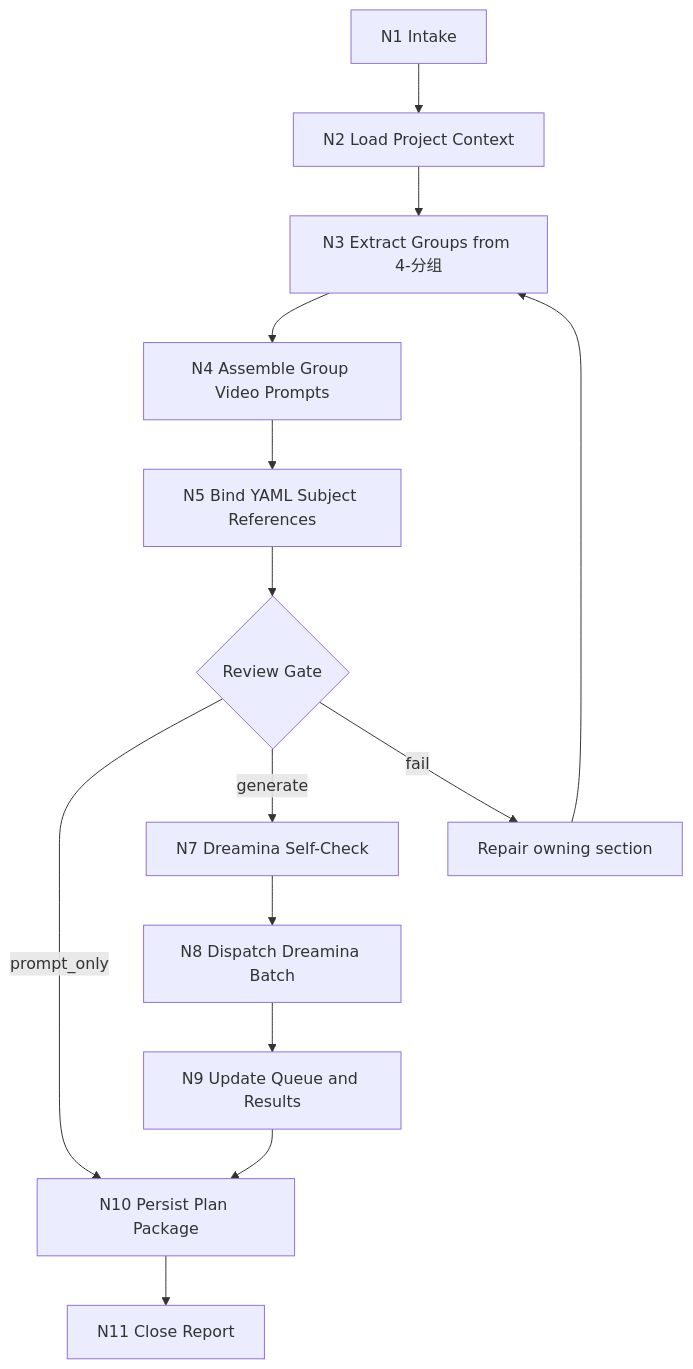
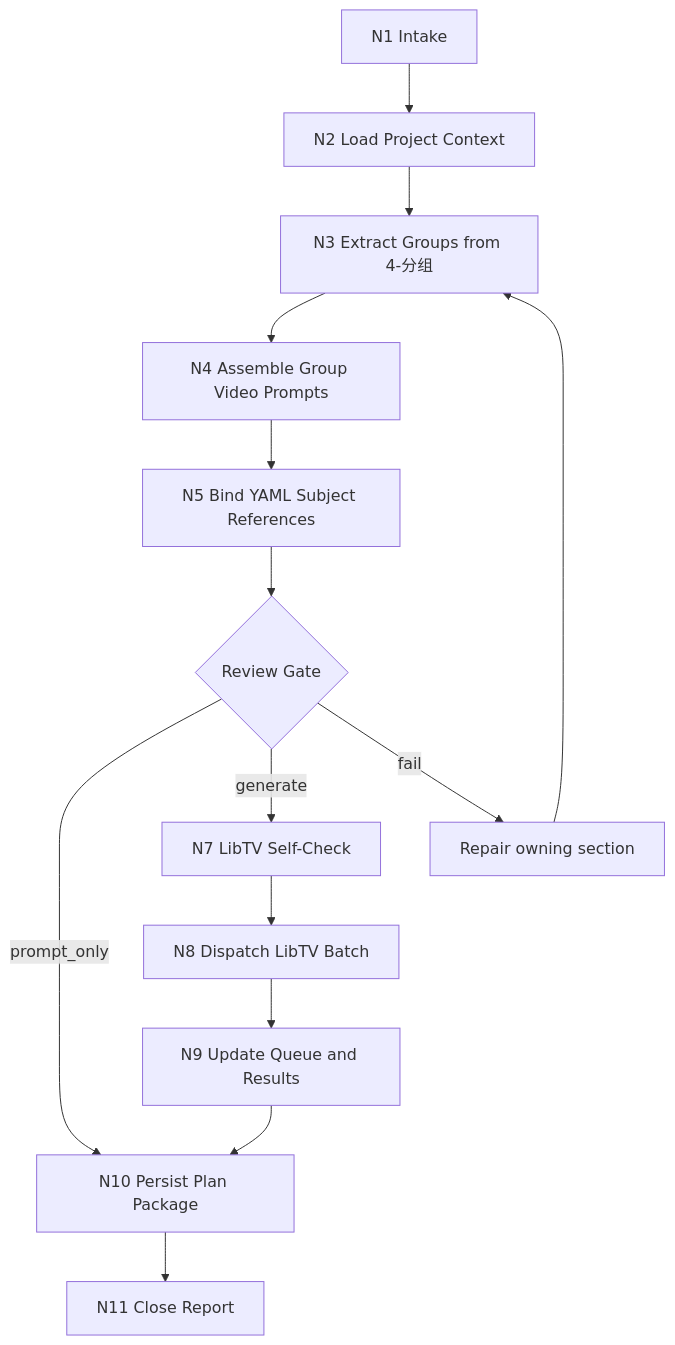
One commit to ZEN-VOID/AI-CUT changed the diagram in .agents/skills/aigc/7-视频/C-主体参照/steps/subject-reference-video-workflow.md. Above: the diagram before and after it, drawn with Mermaid. The commit also changed other lines of this file and 173 other files, not shown here.

````diff
--- a/.agents/skills/aigc/7-视频/C-主体参照/steps/subject-reference-video-workflow.md
+++ b/.agents/skills/aigc/7-视频/C-主体参照/steps/subject-reference-video-workflow.md
@@ -7,16 +7,16 @@
 ```mermaid
 flowchart TD
     N1["N1 Intake"] --> N2["N2 Load Project Context"]
     N2 --> N3["N3 Extract Groups from 4-分组"]
     N3 --> N4["N4 Assemble Group Video Prompts"]
     N4 --> N5["N5 Bind YAML Subject References"]
     N5 --> N6{"Review Gate"}
     N6 -->|"prompt_only"| N10["N10 Persist Plan Package"]
-    N6 -->|"generate"| N7["N7 Dreamina Self-Check"]
-    N7 --> N8["N8 Dispatch Dreamina Batch"]
+    N6 -->|"generate"| N7["N7 LibTV Self-Check"]
+    N7 --> N8["N8 Dispatch LibTV Batch"]
     N8 --> N9["N9 Update Queue and Results"]
     N9 --> N10
     N6 -->|"fail"| R["Repair owning section"]
     R --> N3
     N10 --> N11["N11 Close Report"]
 ```
````
